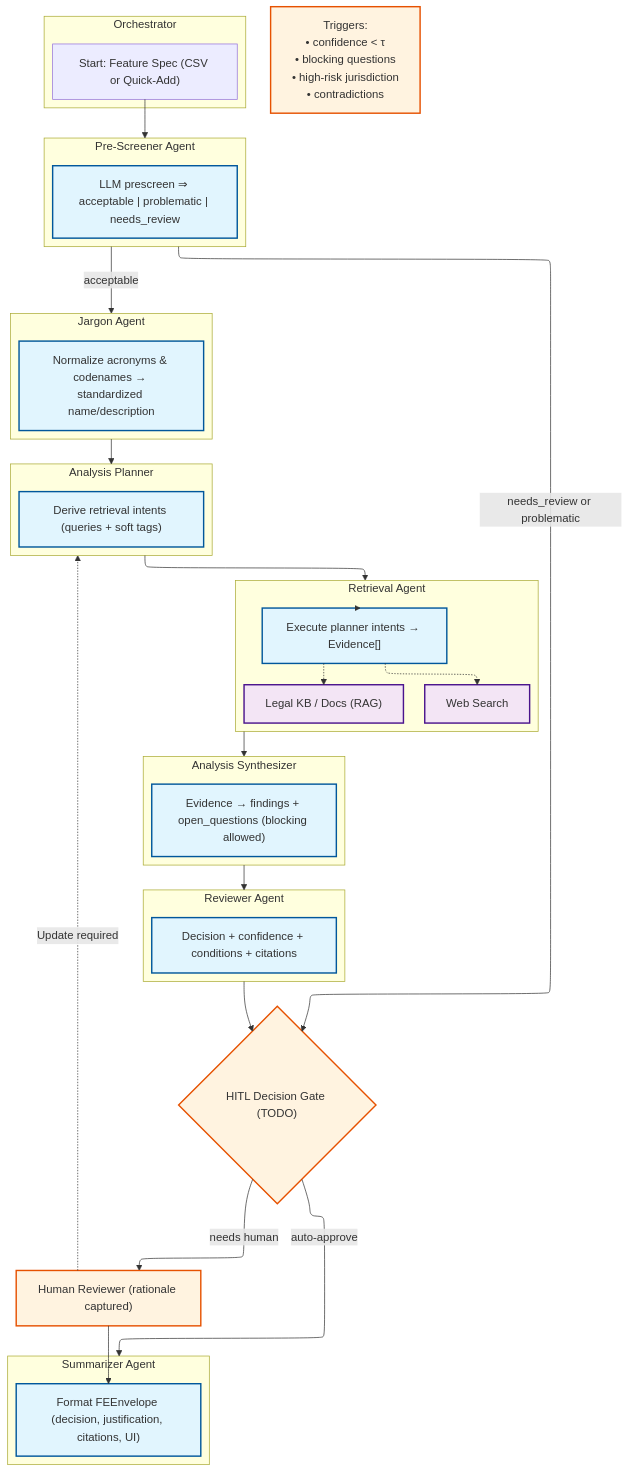
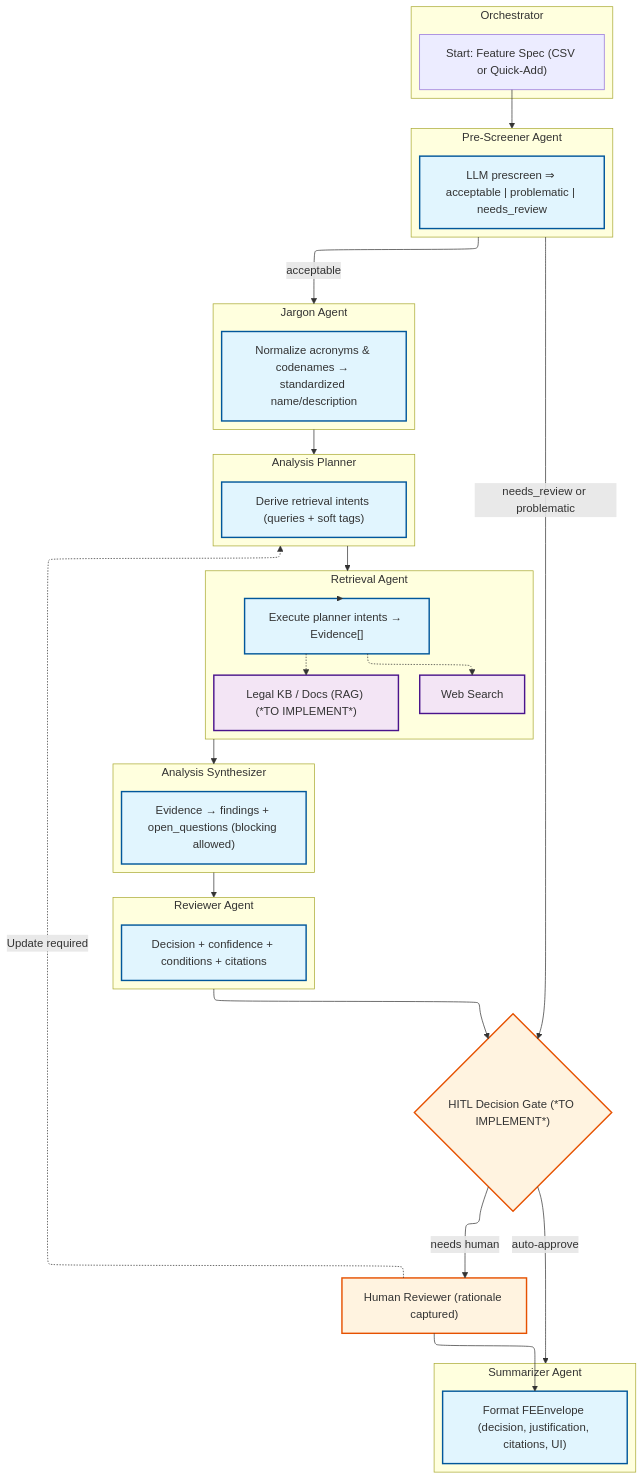
The diagram in README.md (jdengoh/Geobit), drawn with Mermaid before and after one commit. The commit also changed other lines of this file and 19 other files, not shown here.

````diff
--- a/README.md
+++ b/README.md
@@ -50,74 +83,73 @@
 ```mermaid
 ---
 config:
   layout: elk
 ---
 flowchart TD
   %% === ORCHESTRATION & ENTRY ===
   subgraph ORCH["Orchestrator"]
     O["Start: Feature Spec (CSV or Quick-Add)"]
   end
 
   subgraph PS["Pre-Screener Agent"]
     P["LLM prescreen ⇒ acceptable | problematic | needs_review"]
   end
 
   subgraph JN["Jargon Agent"]
     J["Normalize acronyms & codenames → standardized name/description"]
   end
 
   %% === ANALYSIS CORE ===
   subgraph AP["Analysis Planner"]
     PL["Derive retrieval intents (queries + soft tags)"]
   end
 
   subgraph RA["Retrieval Agent"]
     RET["Execute planner intents → Evidence[]"]
     K["Web Search"]
-    M["Legal KB / Docs (RAG)"]
+    M["Legal KB / Docs (RAG) (*TO IMPLEMENT*)"]
   end
 
   subgraph SYN["Analysis Synthesizer"]
     S1["Evidence → findings + open_questions (blocking allowed)"]
   end
 
   subgraph REV["Reviewer Agent"]
     Rv["Decision + confidence + conditions + citations"]
   end
 
   subgraph SUM["Summarizer Agent"]
     Su["Format FEEnvelope (decision, justification, citations, UI)"]
   end
 
   %% === HITL GATE & LOOP ===
-  E{"HITL Decision Gate (TODO)"}
-  N["Triggers:<br>• confidence < τ<br>• blocking questions<br>• high-risk jurisdiction<br>• contradictions"]
+  E{"HITL Decision Gate (*TO IMPLEMENT*)"}
   H["Human Reviewer (rationale captured)"]
 
   %% --- Flows ---
   O --> PS
   PS -->|acceptable| JN
   PS -->|needs_review or problematic| E
 
   JN --> AP
   AP --> RA
   RA --> RET
   RET -.-> K & M
   RA --> SYN
   SYN --> REV
   REV --> E
 
   E -->|auto-approve| SUM
   E -->|needs human| H
   H --> Su
   H -. Update required .-> AP
 
   %% --- Styling & notes ---
   classDef agentStyle fill:#e1f5fe,stroke:#01579b,stroke-width:2px
   classDef serviceStyle fill:#f3e5f5,stroke:#4a148c,stroke-width:2px
   classDef hitlStyle fill:#fff3e0,stroke:#e65100,stroke-width:2px
 
   class P,J,PL,RET,S1,Rv,Su agentStyle
   class K,M serviceStyle
   class E,N,H hitlStyle
 ```
````
